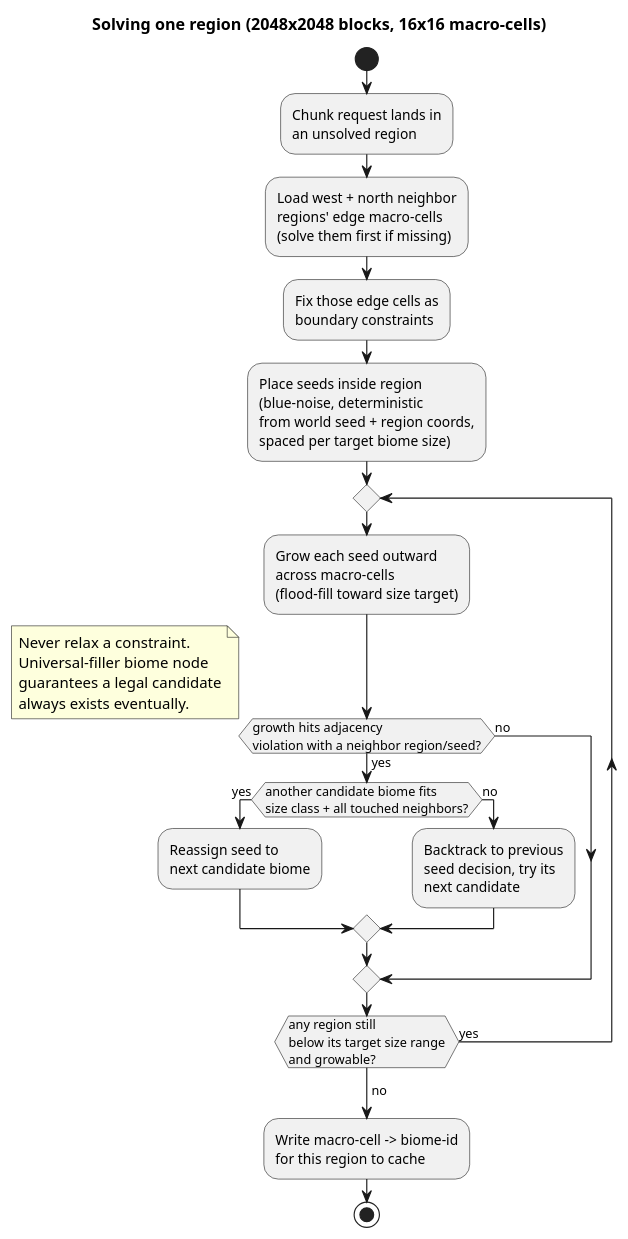
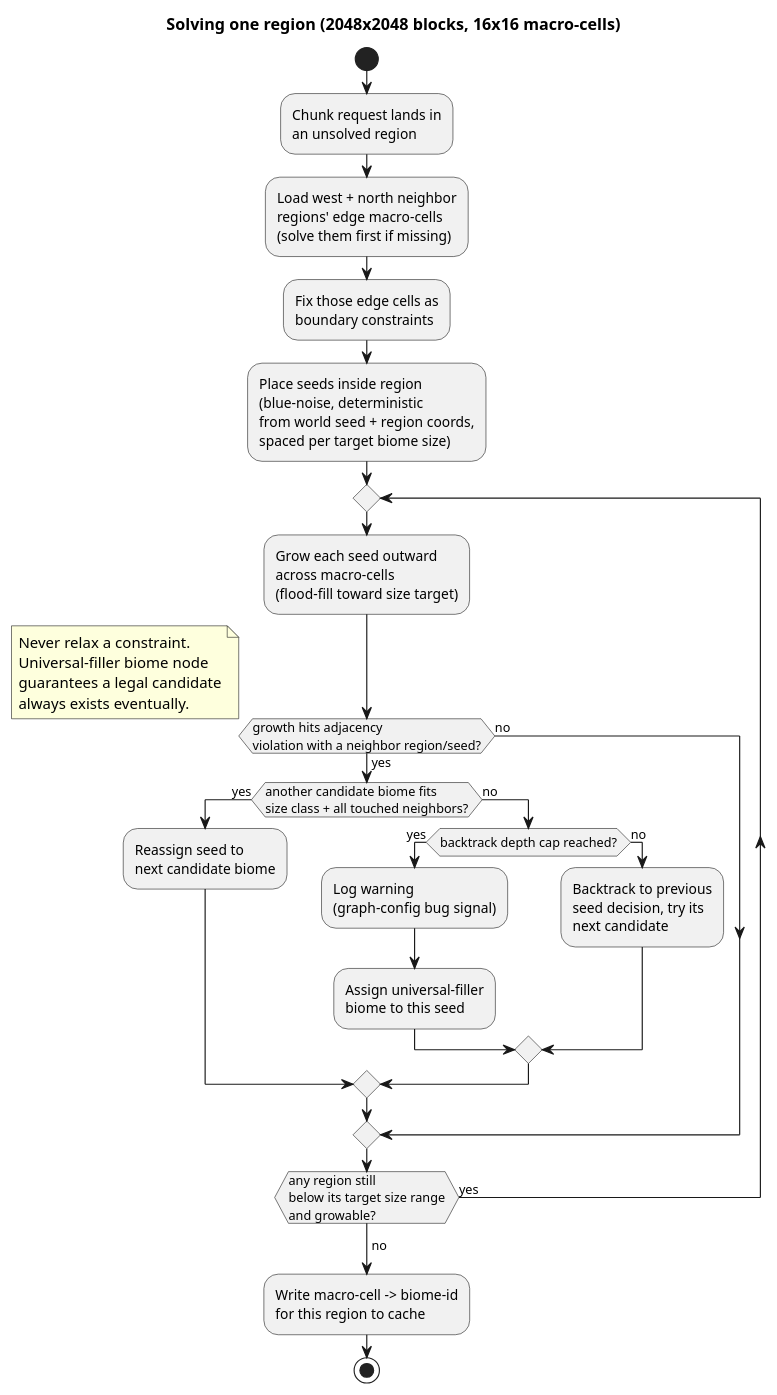
One commit to Boulede987/Mine-Utz changed the diagram in companion-mods/mineutze-worldgen/doc/region-solve-activity.puml. Above: the diagram before and after it, drawn with PlantUML. The commit also changed 1 other file, not shown here.

Commit message:
Add backtrack depth cap and blend-width placeholder to worldgen design
Cap is a sanity limit only (universal-filler already guarantees
termination) - logs warning and falls back to filler biome, signaling
a graph-config bug rather than hanging. Blend width defaults to 10
blocks per edge, tune later.

```diff
--- a/companion-mods/mineutze-worldgen/doc/region-solve-activity.puml
+++ b/companion-mods/mineutze-worldgen/doc/region-solve-activity.puml
@@ -1,32 +1,37 @@
 @startuml
 title Solving one region (2048x2048 blocks, 16x16 macro-cells)
 
 start
 :Chunk request lands in\nan unsolved region;
 :Load west + north neighbor\nregions' edge macro-cells\n(solve them first if missing);
 :Fix those edge cells as\nboundary constraints;
 :Place seeds inside region\n(blue-noise, deterministic\nfrom world seed + region coords,\nspaced per target biome size);
 
 repeat
   :Grow each seed outward\nacross macro-cells\n(flood-fill toward size target);
   if (growth hits adjacency\nviolation with a neighbor region/seed?) then (yes)
     if (another candidate biome fits\nsize class + all touched neighbors?) then (yes)
       :Reassign seed to\nnext candidate biome;
     else (no)
-      :Backtrack to previous\nseed decision, try its\nnext candidate;
+      if (backtrack depth cap reached?) then (yes)
+        :Log warning\n(graph-config bug signal);
+        :Assign universal-filler\nbiome to this seed;
+      else (no)
+        :Backtrack to previous\nseed decision, try its\nnext candidate;
+      endif
     endif
   else (no)
   endif
 repeat while (any region still\nbelow its target size range\nand growable?) is (yes)
 ->no;
 
 note right
   Never relax a constraint.
   Universal-filler biome node
   guarantees a legal candidate
   always exists eventually.
 end note
 
 :Write macro-cell -> biome-id\nfor this region to cache;
 stop
 @enduml
```
